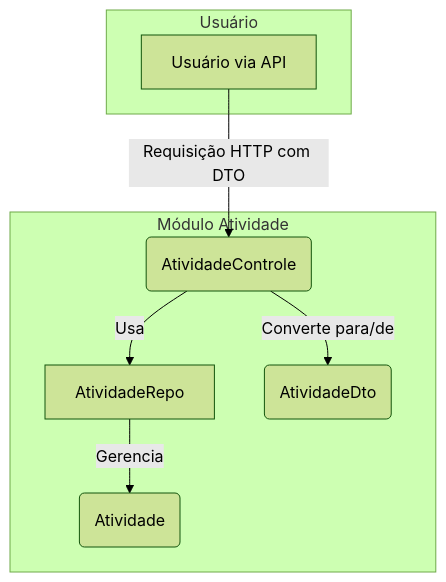
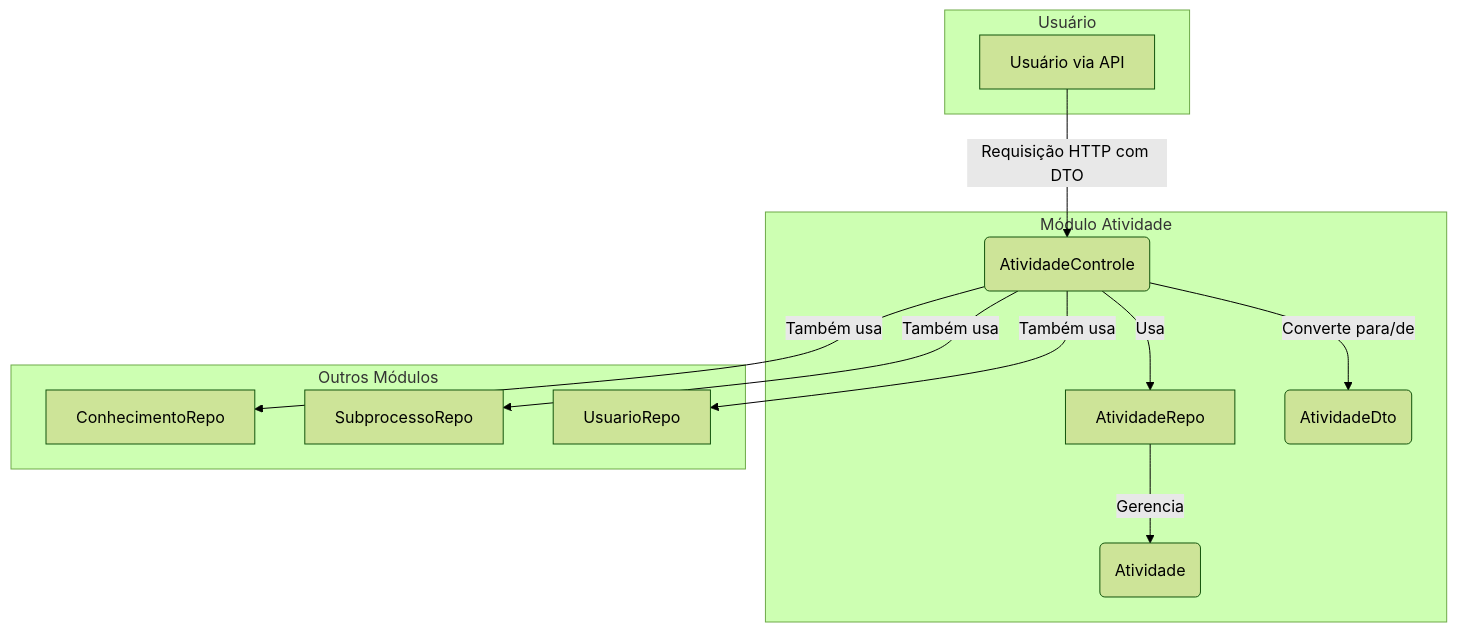
Before and after one commit to lgalvao/sgc: the diagram in backend/src/main/java/sgc/atividade/README.md, drawn with Mermaid (forest theme). The commit also changed other lines of this file and 9 other files, not shown here.

````diff
--- a/backend/src/main/java/sgc/atividade/README.md
+++ b/backend/src/main/java/sgc/atividade/README.md
@@ -36,18 +36,27 @@
 ```mermaid
 graph TD
     subgraph "Usuário"
         A[Usuário via API]
     end
 
     subgraph "Módulo Atividade"
         B(AtividadeControle)
         C[AtividadeRepo]
         D(Atividade)
         E(AtividadeDto)
     end
 
+    subgraph "Outros Módulos"
+        F[ConhecimentoRepo]
+        G[SubprocessoRepo]
+        H[UsuarioRepo]
+    end
+
     A -- Requisição HTTP com DTO --> B
     B -- Usa --> C
+    B -- Também usa --> F
+    B -- Também usa --> G
+    B -- Também usa --> H
     C -- Gerencia --> D
     B -- Converte para/de --> E
 ```
````
